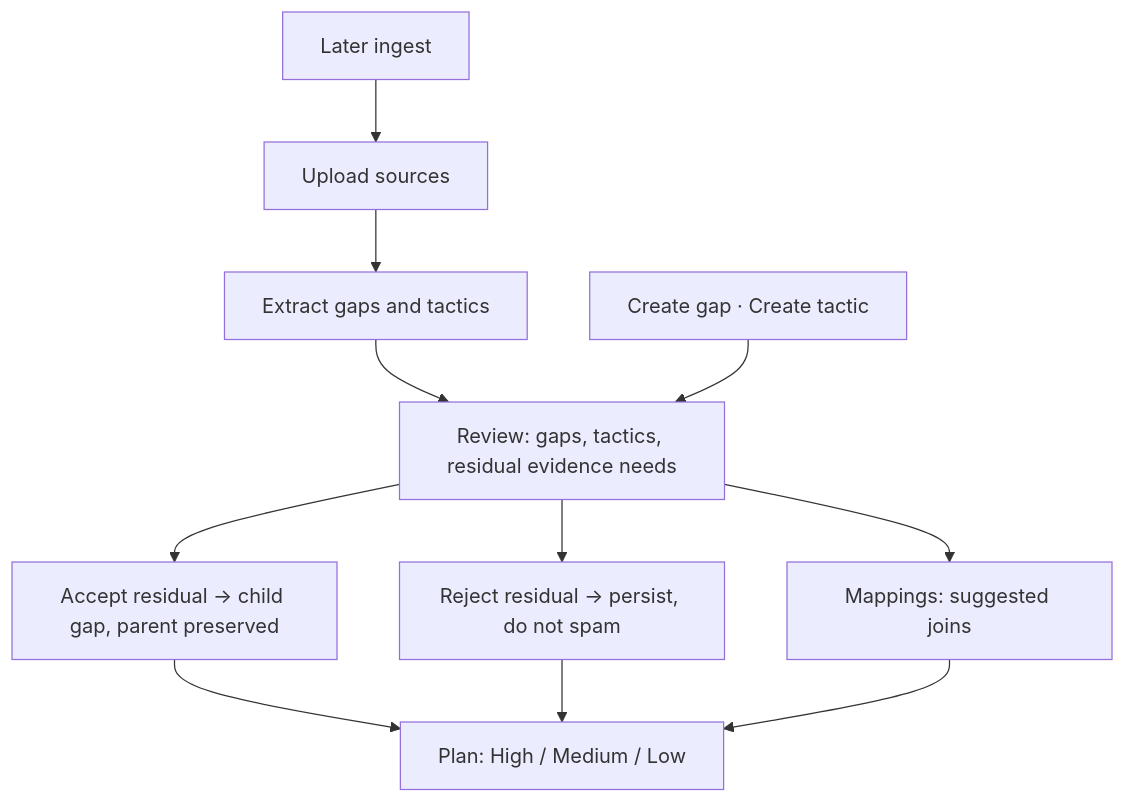
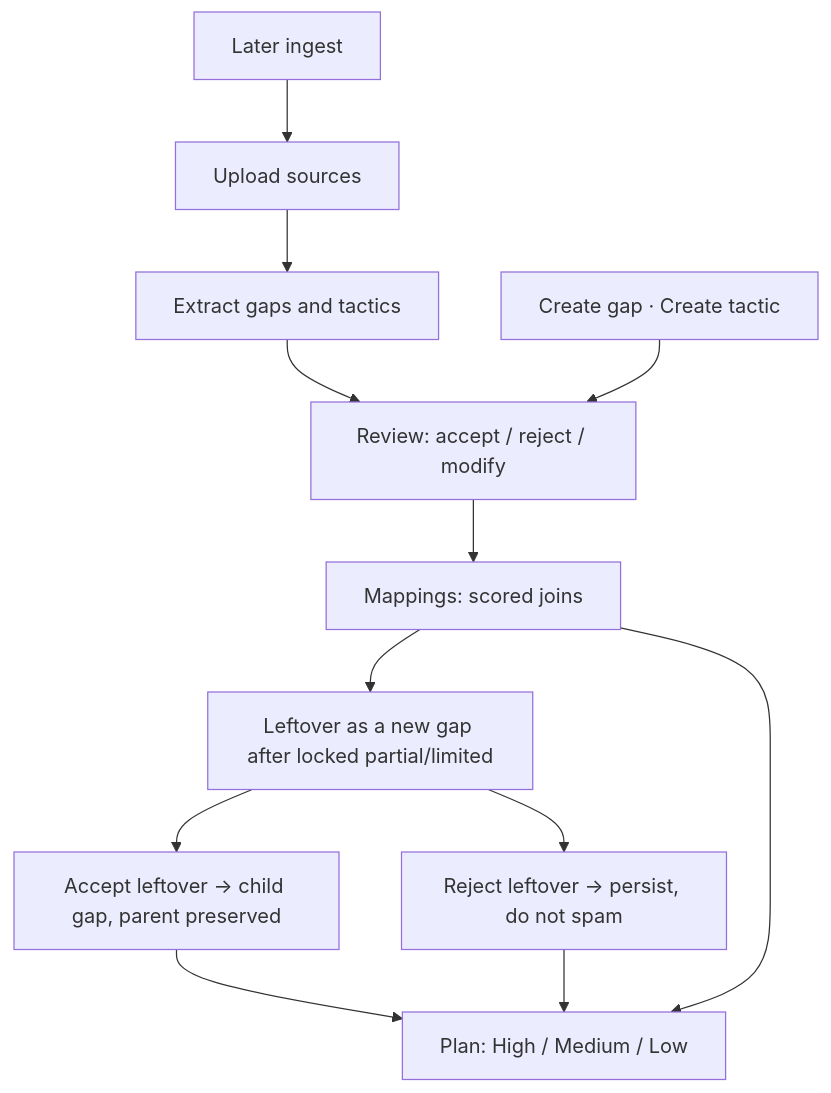
One commit to Shashb21/synapse changed the first of 2 diagrams in docs/problem-and-solution.md. Above: the diagram before and after it, drawn with Mermaid. The commit also changed other lines of this file and 13 other files, not shown here.

First line of the commit message:
Ship two-step leftover-as-new-gap after locked coverage.

````diff
--- a/docs/problem-and-solution.md
+++ b/docs/problem-and-solution.md
@@ -50,22 +50,24 @@
 ```mermaid
 flowchart TD
   upload["Upload sources"]
   extract["Extract gaps and tactics"]
-  review["Review: gaps, tactics, residual evidence needs"]
+  review["Review: accept / reject / modify"]
   create["Create gap · Create tactic"]
-  acceptChild["Accept residual → child gap, parent preserved"]
-  rejectChild["Reject residual → persist, do not spam"]
-  map["Mappings: suggested joins"]
+  map["Mappings: scored joins"]
+  leftover["Leftover as a new gap after locked partial/limited"]
+  acceptChild["Accept leftover → child gap, parent preserved"]
+  rejectChild["Reject leftover → persist, do not spam"]
   board["Plan: High / Medium / Low"]
   later["Later ingest"]
   upload --> extract
   extract --> review
   create --> review
-  review --> acceptChild
-  review --> rejectChild
   review --> map
+  map --> leftover
+  leftover --> acceptChild
+  leftover --> rejectChild
   acceptChild --> board
   rejectChild --> board
   map --> board
   later --> upload
 ```
````
